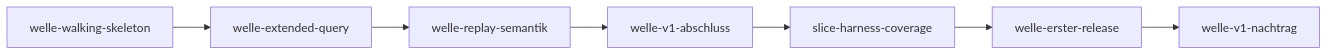
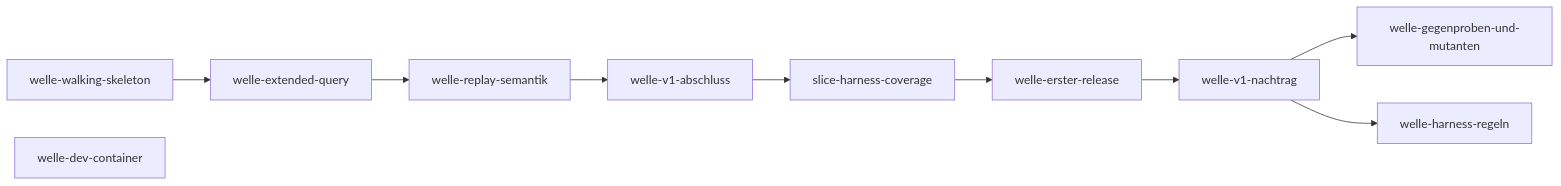
One commit to pt9912/pgwire-recorder changed the diagram in docs/plan/planning/in-progress/roadmap.md. Above: the diagram before and after it, drawn with Mermaid. The commit also changed other lines of this file, not shown here.

Commit message:
welle-dev-container, welle-gegenproben-und-mutanten, welle-harness-regeln, welle-v1-nachtrag: Roadmap (Offene Wellen, Abhängigkeitsgraph, Drift-Log)

````diff
--- a/docs/plan/planning/in-progress/roadmap.md
+++ b/docs/plan/planning/in-progress/roadmap.md
@@ -54,16 +57,21 @@
 ```mermaid
 flowchart LR
     W1[welle-walking-skeleton]
     W2[welle-extended-query]
     W3[welle-replay-semantik]
     W4[welle-v1-abschluss]
     W5[welle-erster-release]
     W6[welle-v1-nachtrag]
+    W7[welle-dev-container]
+    W8[welle-gegenproben-und-mutanten]
+    W9[welle-harness-regeln]
 
     W1 --> W2
     W2 --> W3
     W3 --> W4
     W4 --> C[slice-harness-coverage]
     C --> W5
     W5 --> W6
+    W6 --> W8
+    W6 --> W9
 ```
````
